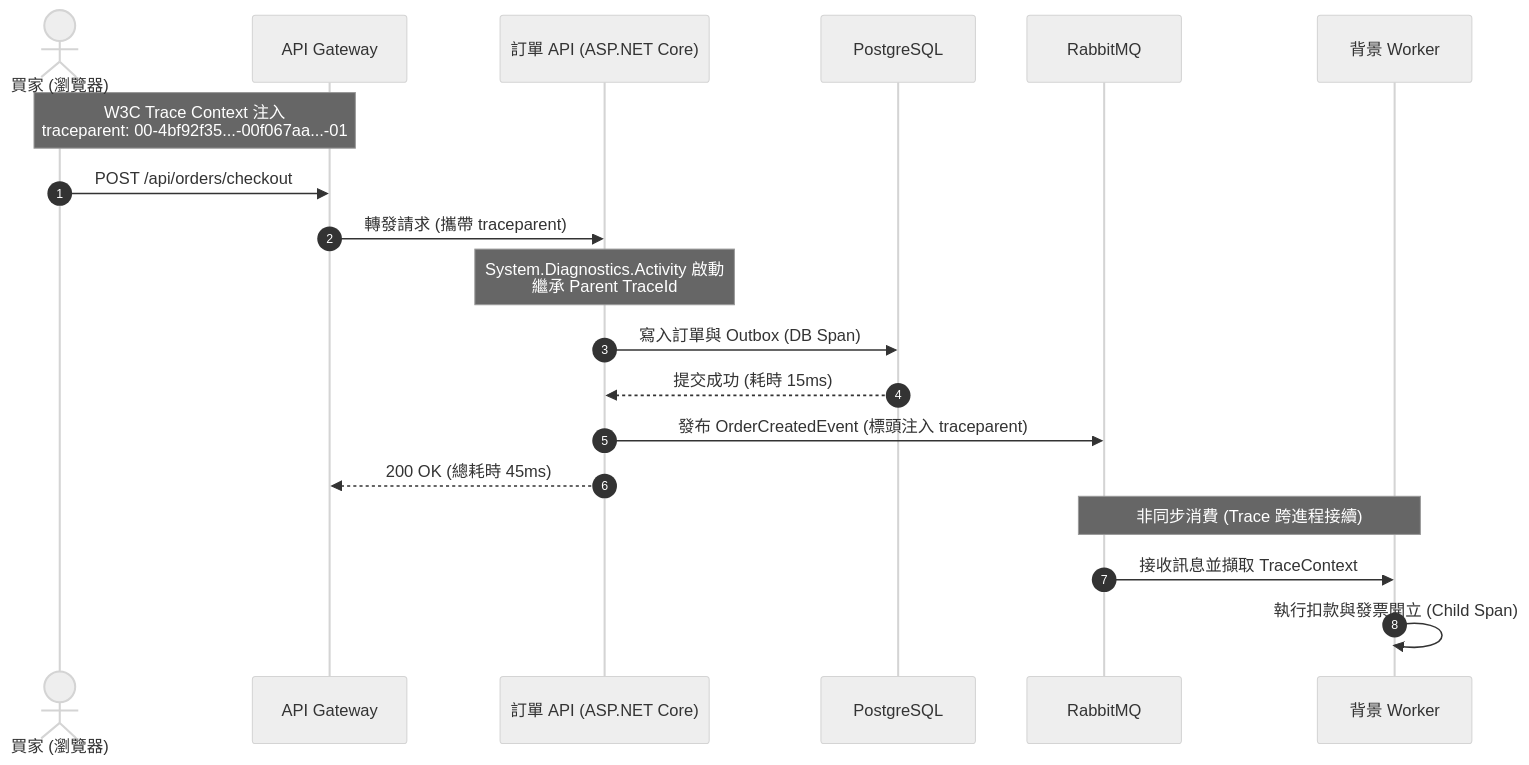
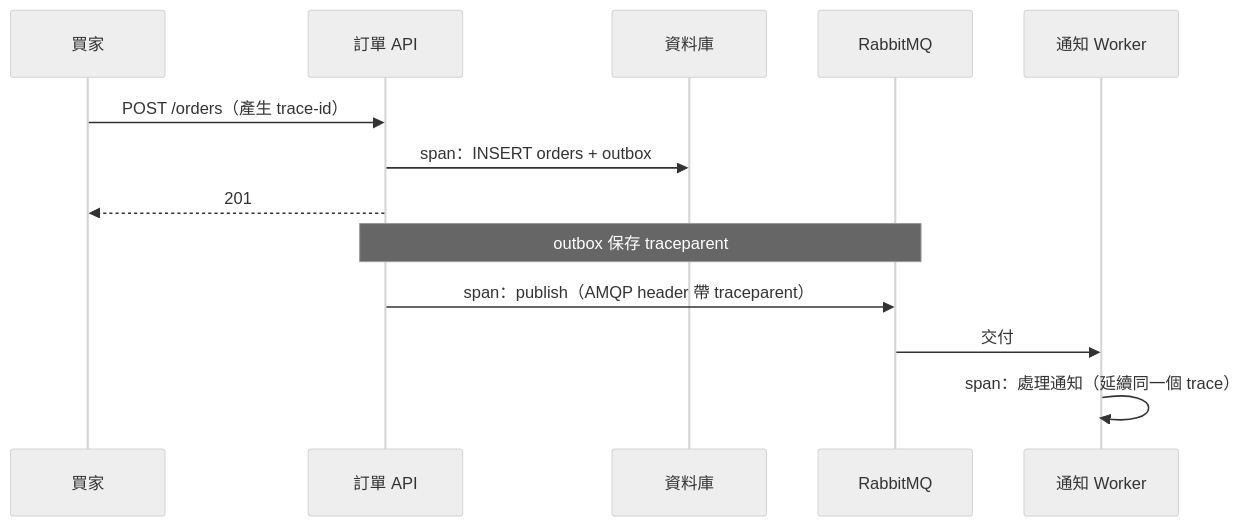
One commit to RayLiu1999/Wiki changed the diagram in src/content/docs/engineering/metrics-tracing.md. Above: the diagram before and after it, drawn with Mermaid (neutral theme). The commit also changed other lines of this file and 7 other files, not shown here.

````diff
--- a/src/content/docs/engineering/metrics-tracing.md
+++ b/src/content/docs/engineering/metrics-tracing.md
@@ -29,22 +47,15 @@
 ```mermaid
 sequenceDiagram
-    autonumber
-    actor User as 買家 (瀏覽器)
-    participant Gateway as API Gateway
-    participant OrderApi as 訂單 API (ASP.NET Core)
-    participant DB as PostgreSQL
-    participant RMQ as RabbitMQ
-    participant Worker as 背景 Worker
-
-    Note over User,Gateway: W3C Trace Context 注入<br/>traceparent: 00-4bf92f35...-00f067aa...-01
-    User->>Gateway: POST /api/orders/checkout
-    Gateway->>OrderApi: 轉發請求 (攜帶 traceparent)
-    Note over OrderApi: System.Diagnostics.Activity 啟動<br/>繼承 Parent TraceId
-    OrderApi->>DB: 寫入訂單與 Outbox (DB Span)
-    DB-->>OrderApi: 提交成功 (耗時 15ms)
-    OrderApi->>RMQ: 發布 OrderCreatedEvent (標頭注入 traceparent)
-    OrderApi-->>Gateway: 200 OK (總耗時 45ms)
-    Note over RMQ,Worker: 非同步消費 (Trace 跨進程接續)
-    RMQ->>Worker: 接收訊息並擷取 TraceContext
-    Worker->>Worker: 執行扣款與發票開立 (Child Span)
+    participant Buyer as 買家
+    participant API as 訂單 API
+    participant DB as 資料庫
+    participant MQ as RabbitMQ
+    participant W as 通知 Worker
+    Buyer->>API: POST /orders（產生 trace-id）
+    API->>DB: span：INSERT orders + outbox
+    API-->>Buyer: 201
+    Note over API,MQ: outbox 保存 traceparent
+    API->>MQ: span：publish（AMQP header 帶 traceparent）
+    MQ->>W: 交付
+    W->>W: span：處理通知（延續同一個 trace）
 ```
````
